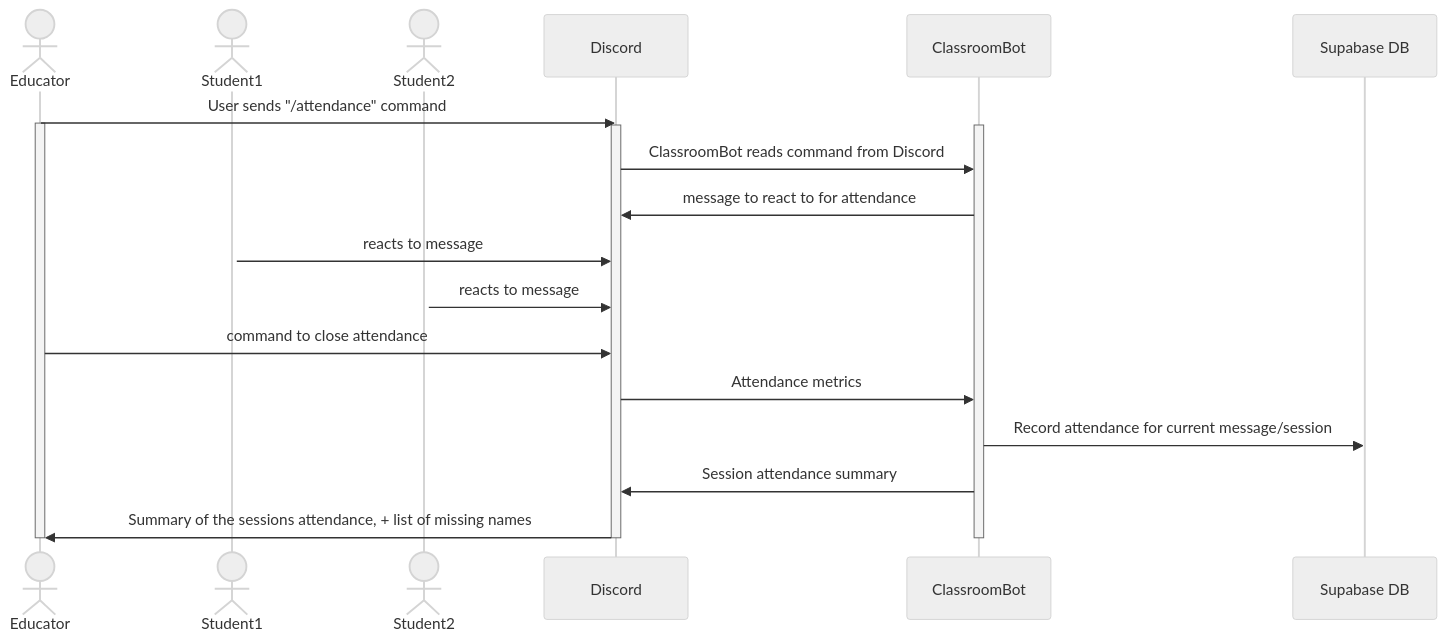
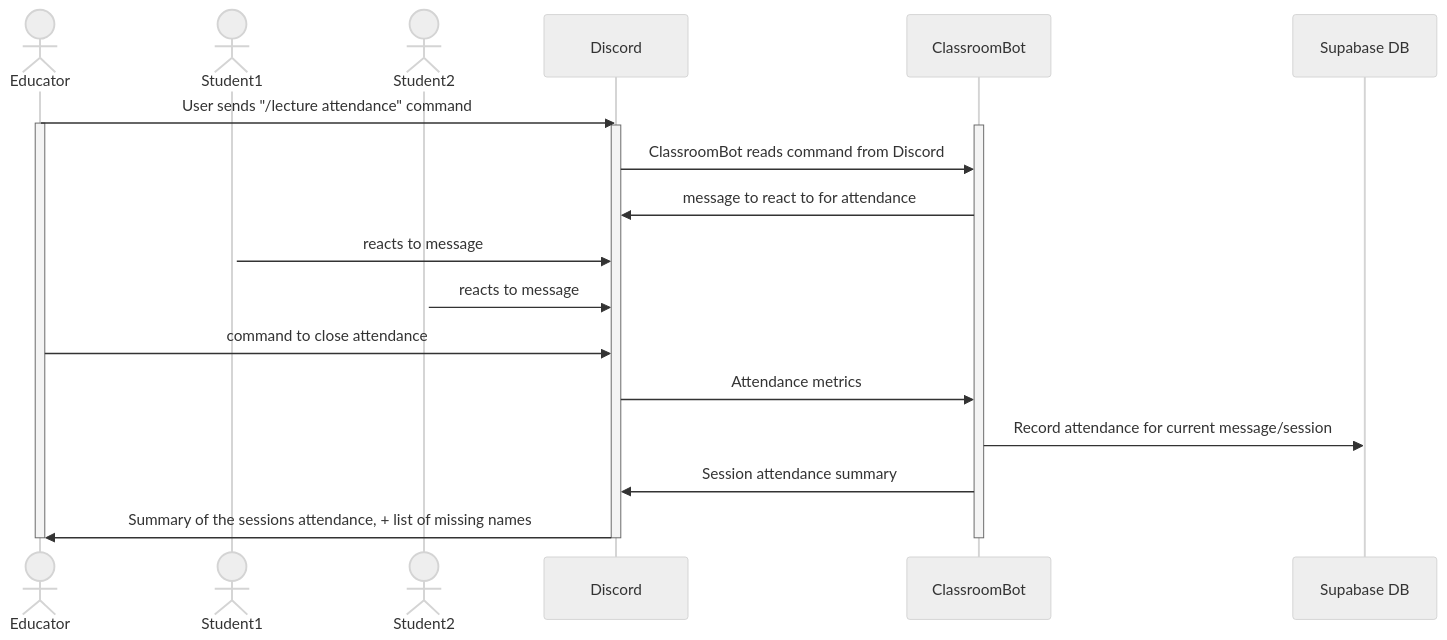
One commit to Capstone-Projects-2023-Spring/project-discord-classroom changed the third of 8 diagrams in documentation/docs/system-architecture/design.md. Above: the diagram before and after it, drawn with Mermaid (neutral theme). The commit also changed other lines of this file and 5 other files, not shown here.

````diff
--- a/documentation/docs/system-architecture/design.md
+++ b/documentation/docs/system-architecture/design.md
@@ -236,28 +236,28 @@
 ```mermaid
 sequenceDiagram
     actor Educator
     actor Student1
     actor Student2
     participant Discord
     participant ClassroomBot
     participant Supabase DB
-    Educator->>Discord: User sends "/attendance" command
+    Educator->>Discord: User sends "/lecture attendance" command
     activate Educator
     activate Discord
     activate Student1
     activate Student2
     activate ClassroomBot
 
     Discord->>ClassroomBot: ClassroomBot reads command from Discord
     ClassroomBot->>Discord: message to react to for attendance
     Student1->>Discord: reacts to message
     Student2->>Discord: reacts to message
     Educator->>Discord: command to close attendance
     Discord->>ClassroomBot: Attendance metrics
     ClassroomBot ->> Supabase DB: Record attendance for current message/session
     ClassroomBot ->> Discord: Session attendance summary
     Discord->> Educator: Summary of the sessions attendance, + list of missing names
     deactivate Discord
     deactivate Educator
     deactivate ClassroomBot
 ```
````
